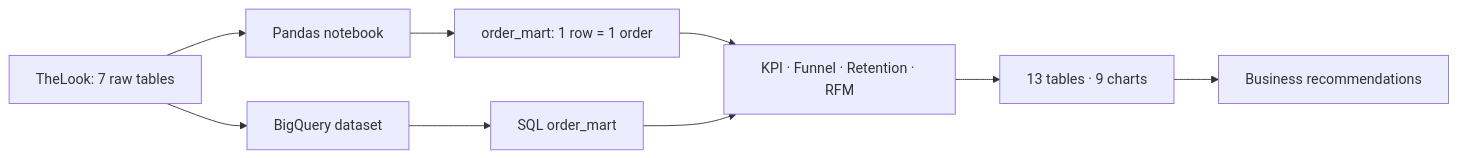
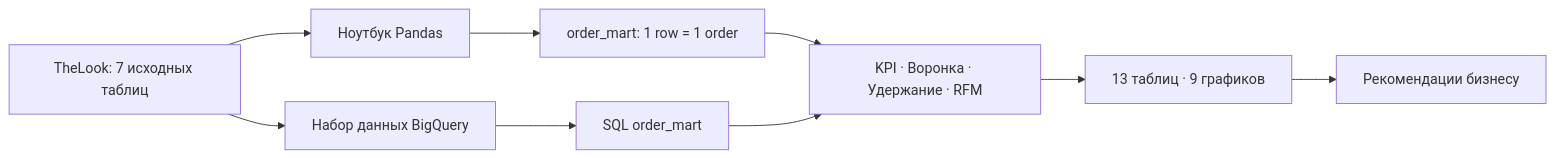
One commit to sureasguuds9-prog/thelook-growth-analytics changed the diagram in README.md. Above: the diagram before and after it, drawn with Mermaid. The commit also changed other lines of this file and 7 other files, not shown here.

````diff
--- a/README.md
+++ b/README.md
@@ -56,11 +56,11 @@
 ```mermaid
 flowchart LR
-    A["TheLook: 7 raw tables"] --> B["Pandas notebook"]
-    A --> C["BigQuery dataset"]
+    A["TheLook: 7 исходных таблиц"] --> B["Ноутбук Pandas"]
+    A --> C["Набор данных BigQuery"]
     B --> D["order_mart: 1 row = 1 order"]
     C --> E["SQL order_mart"]
-    D --> F["KPI · Funnel · Retention · RFM"]
+    D --> F["KPI · Воронка · Удержание · RFM"]
     E --> F
-    F --> G["13 tables · 9 charts"]
-    G --> H["Business recommendations"]
+    F --> G["13 таблиц · 9 графиков"]
+    G --> H["Рекомендации бизнесу"]
 ```
````
